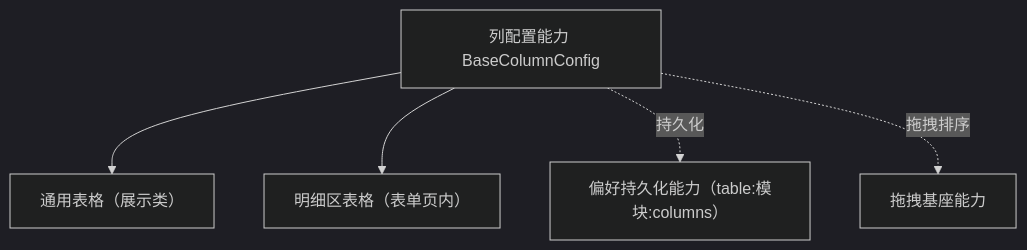
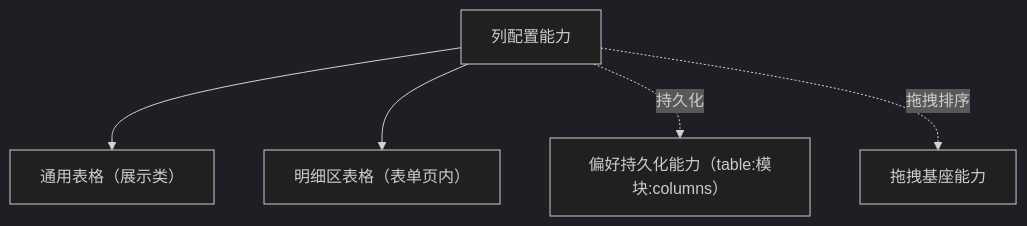
The diagram in bms文档/设计/组件设计/02_基础组件类/02_能力类/28_组件设计_列配置能力/28_组件设计_列配置能力.md (minjian123/basic-management-system), drawn with Mermaid (dark theme) before and after one commit. The commit also changed other lines of this file and 238 other files, not shown here.

````diff
--- a/bms文档/设计/组件设计/02_基础组件类/02_能力类/28_组件设计_列配置能力/28_组件设计_列配置能力.md
+++ b/bms文档/设计/组件设计/02_基础组件类/02_能力类/28_组件设计_列配置能力/28_组件设计_列配置能力.md
@@ -15,7 +16,7 @@
 ```mermaid
 flowchart TD
-    CC["列配置能力 BaseColumnConfig"] --> T["通用表格（展示类）"]
+    CC["列配置能力"] --> T["通用表格（展示类）"]
     CC --> D["明细区表格（表单页内）"]
     CC -. 持久化 .-> P["偏好持久化能力（table:模块:columns）"]
     CC -. 拖拽排序 .-> DD["拖拽基座能力"]
 ```
````
